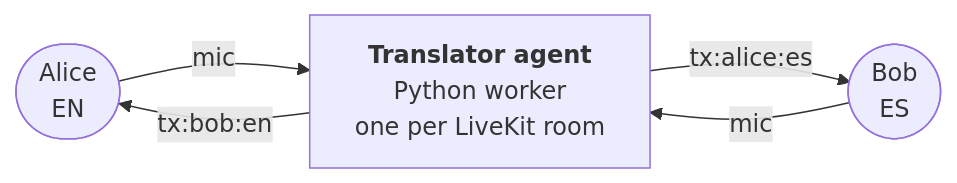
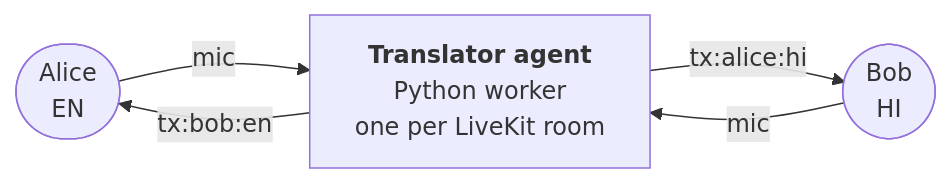
One commit to vimaneti-ai/global-voice changed the diagram in README.md. Above: the diagram before and after it, drawn with Mermaid. The commit also changed other lines of this file and 5 other files, not shown here.

````diff
--- a/README.md
+++ b/README.md
@@ -23,11 +25,11 @@
 ```mermaid
 flowchart LR
     Alice(["Alice<br/>EN"])
-    Bob(["Bob<br/>ES"])
+    Bob(["Bob<br/>HI"])
     Agent["<b>Translator agent</b><br/>Python worker<br/>one per LiveKit room"]
 
     Alice -- mic --> Agent
     Bob -- mic --> Agent
     Agent -- "tx:bob:en" --> Alice
-    Agent -- "tx:alice:es" --> Bob
+    Agent -- "tx:alice:hi" --> Bob
 ```
````
